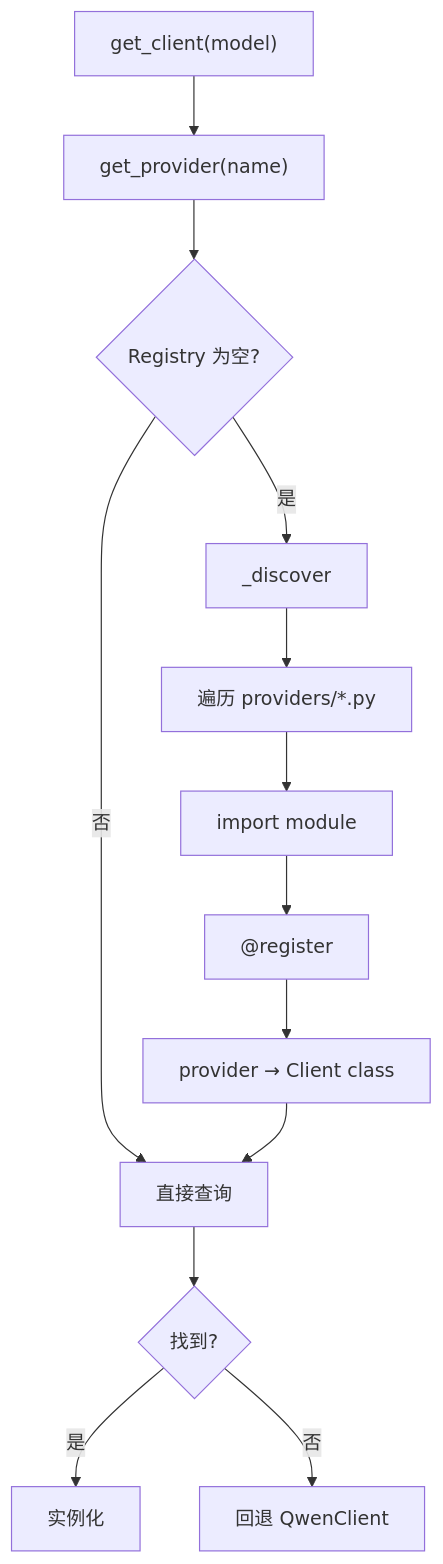
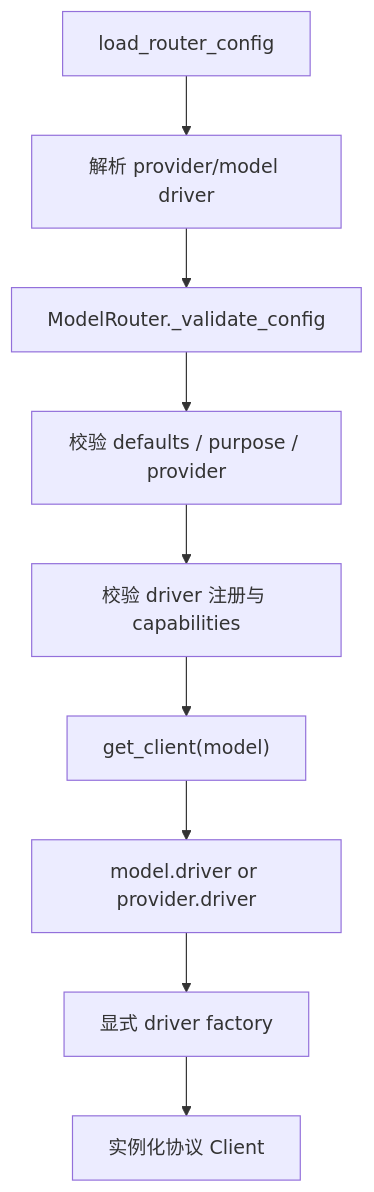
One commit to aandbcct/dotClaw changed diagram 20 of 20 in docs/wiki/LLM 模块总体说明.md. Above: the diagram before and after it, drawn with Mermaid. The commit also changed other lines of this file and 15 other files, not shown here.

````diff
--- a/docs/wiki/LLM 模块总体说明.md
+++ b/docs/wiki/LLM 模块总体说明.md
@@ -1677,15 +1658,11 @@
 ```mermaid
 flowchart TD
-    Router["get_client(model)"] --> Get["get_provider(name)"]
-    Get --> Empty{"Registry 为空?"}
-    Empty -->|是| Discover["_discover"]
-    Discover --> Files["遍历 providers/*.py"]
-    Files --> Import["import module"]
-    Import --> Decorator["@register"]
-    Decorator --> Registry["provider → Client class"]
-    Empty -->|否| Lookup["直接查询"]
-    Registry --> Lookup
-    Lookup --> Found{"找到?"}
-    Found -->|是| Instantiate["实例化"]
-    Found -->|否| Qwen["回退 QwenClient"]
+    Load["load_router_config"] --> Parse["解析 provider/model driver"]
+    Parse --> Validate["ModelRouter._validate_config"]
+    Validate --> Refs["校验 defaults / purpose / provider"]
+    Refs --> Caps["校验 driver 注册与 capabilities"]
+    Caps --> Client["get_client(model)"]
+    Client --> Effective["model.driver or provider.driver"]
+    Effective --> Factory["显式 driver factory"]
+    Factory --> Instantiate["实例化协议 Client"]
 ```
````
